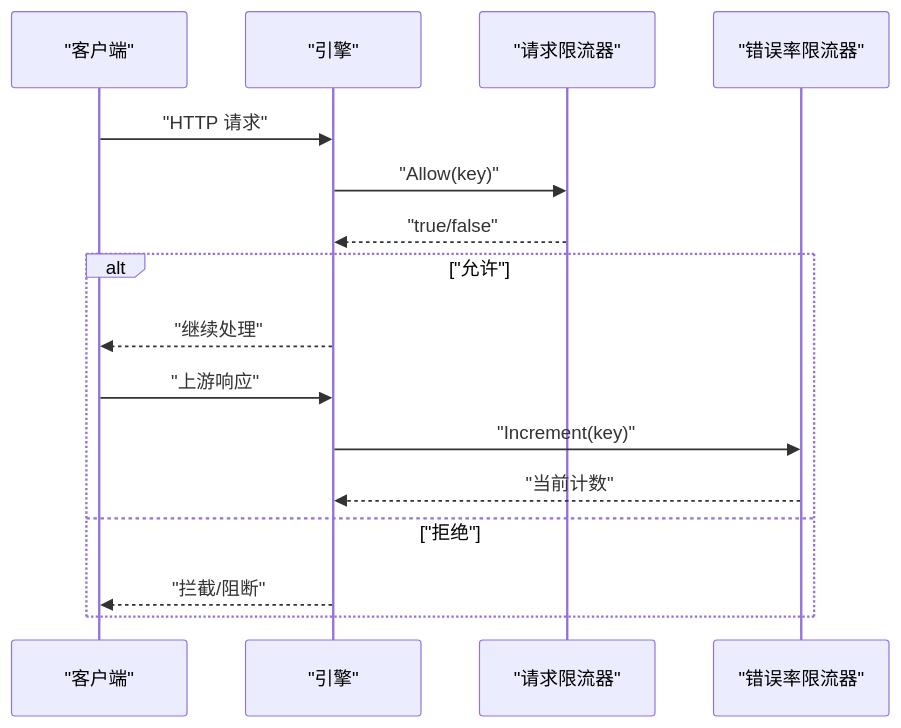
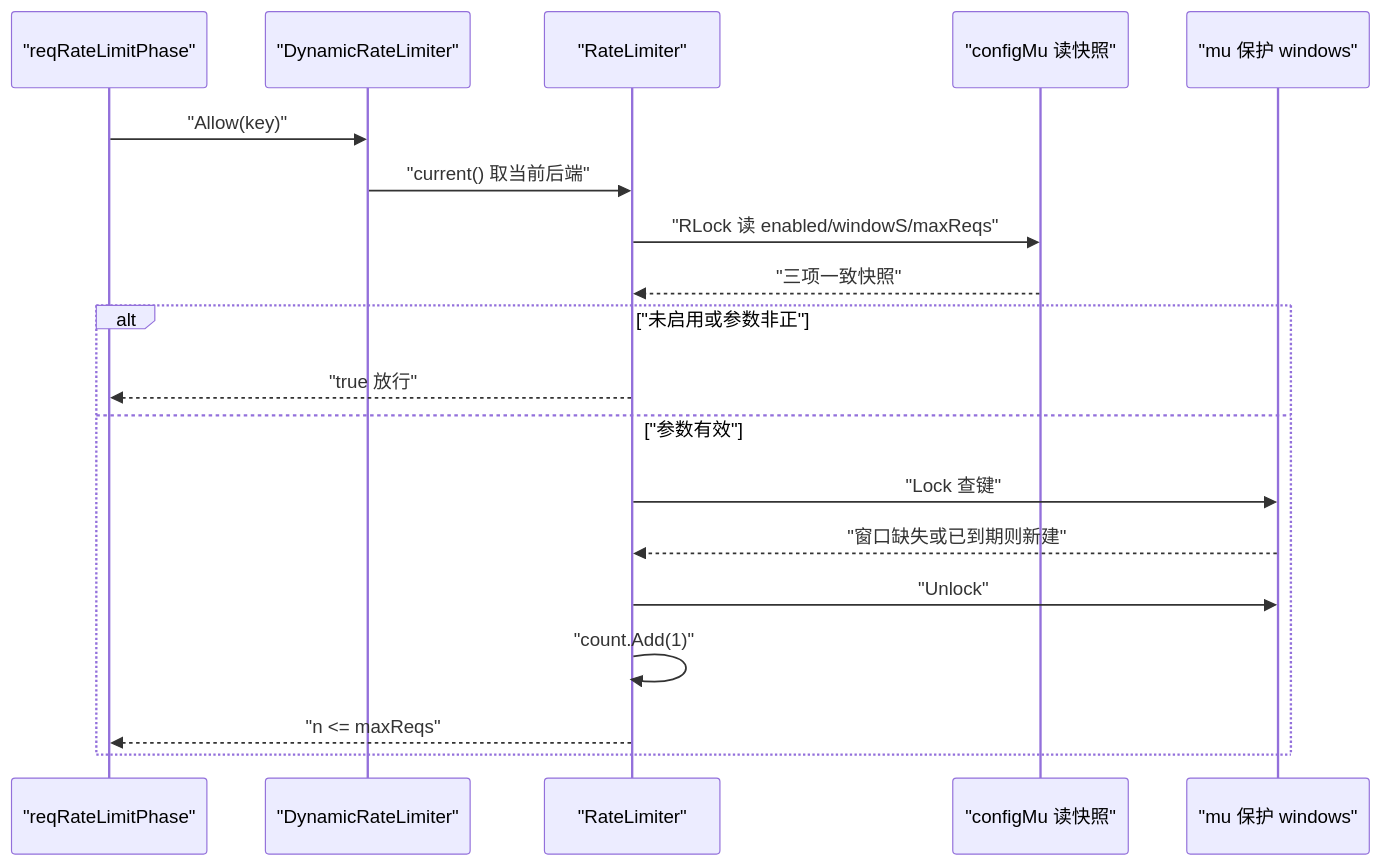
One commit to x01n/My-OpenWaf changed the third of 7 diagrams in docs/安全防护功能/速率限制机制/本地固定窗口限流.md. Above: the diagram before and after it, drawn with Mermaid. The commit also changed other lines of this file and 622 other files, not shown here.

````diff
--- a/docs/安全防护功能/速率限制机制/本地固定窗口限流.md
+++ b/docs/安全防护功能/速率限制机制/本地固定窗口限流.md
@@ -79,18 +218,21 @@
 ```mermaid
 sequenceDiagram
-participant Client as "客户端"
-participant Engine as "引擎"
-participant ReqRL as "请求限流器"
-participant ErrRL as "错误率限流器"
-Client->>Engine : "HTTP 请求"
-Engine->>ReqRL : "Allow(key)"
-ReqRL-->>Engine : "true/false"
-alt "允许"
-Engine-->>Client : "继续处理"
-Client->>Engine : "上游响应"
-Engine->>ErrRL : "Increment(key)"
-ErrRL-->>Engine : "当前计数"
-else "拒绝"
-Engine-->>Client : "拦截/阻断"
-end
+    participant PH as "reqRateLimitPhase"
+    participant DYN as "DynamicRateLimiter"
+    participant RL as "RateLimiter"
+    participant CFG as "configMu 读快照"
+    participant MAP as "mu 保护 windows"
+    PH->>DYN : "Allow(key)"
+    DYN->>RL : "current() 取当前后端"
+    RL->>CFG : "RLock 读 enabled/windowS/maxReqs"
+    CFG-->>RL : "三项一致快照"
+    alt "未启用或参数非正"
+        RL-->>PH : "true 放行"
+    else "参数有效"
+        RL->>MAP : "Lock 查键"
+        MAP-->>RL : "窗口缺失或已到期则新建"
+        RL->>MAP : "Unlock"
+        RL->>RL : "count.Add(1)"
+        RL-->>PH : "n <= maxReqs"
+    end
 ```
````
